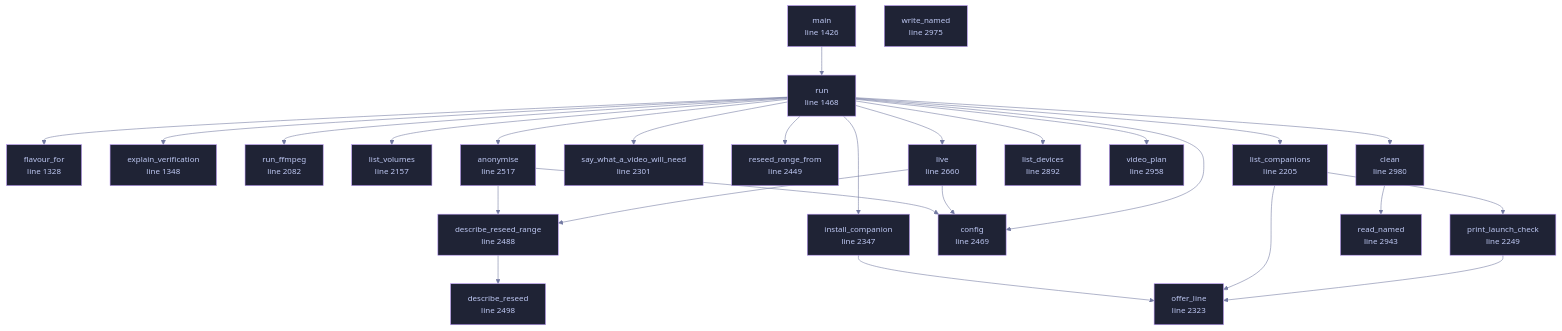
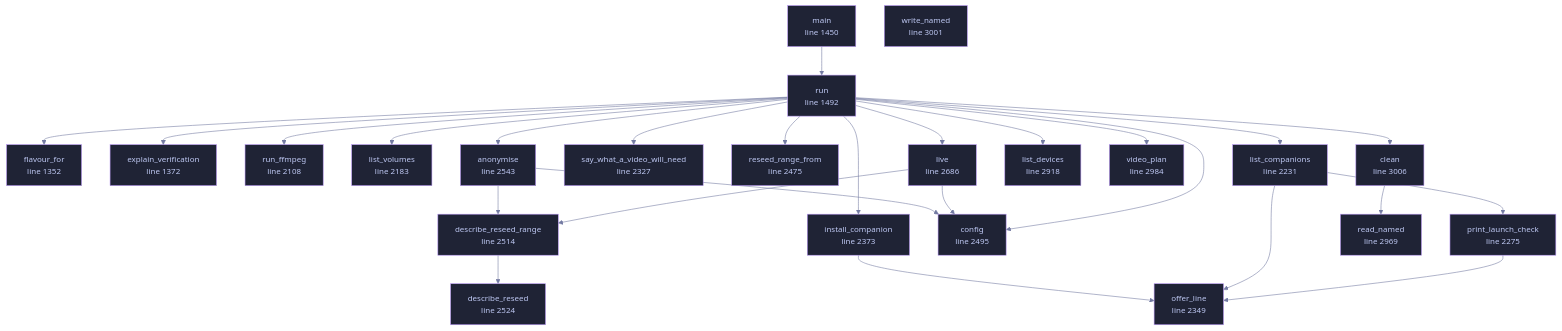
The diagram in docs/files/veilvoice-cli/main.md (tilas01/veilvoice), drawn with Mermaid before and after one commit. The commit also changed other lines of this file and 65 other files, not shown here.

````diff
--- a/docs/files/veilvoice-cli/main.md
+++ b/docs/files/veilvoice-cli/main.md
@@ -135,75 +135,75 @@
 ```mermaid
 %%{init: {"theme":"base","themeVariables":{"background":"#1a1b26","primaryColor":"#1f2335","primaryTextColor":"#c0caf5","primaryBorderColor":"#7aa2f7","secondaryColor":"#16161e","tertiaryColor":"#16161e","lineColor":"#737aa2","textColor":"#c0caf5","mainBkg":"#1f2335","nodeBorder":"#7aa2f7","clusterBkg":"#16161e","clusterBorder":"#2f3549","fontFamily":"ui-monospace, SFMono-Regular, Consolas, monospace","fontSize":"14px"}}}%%
 flowchart TD
-    n_flavour_for["flavour_for<br/>line 1328"]
-    n_explain_verification["explain_verification<br/>line 1348"]
-    n_main["main<br/>line 1426"]
-    n_run["run<br/>line 1468"]
-    n_run_ffmpeg["run_ffmpeg<br/>line 2082"]
-    n_list_volumes["list_volumes<br/>line 2157"]
-    n_list_companions["list_companions<br/>line 2205"]
-    n_print_launch_check["print_launch_check<br/>line 2249"]
-    n_say_what_a_video_will_need["say_what_a_video_will_need<br/>line 2301"]
-    n_offer_line["offer_line<br/>line 2323"]
-    n_install_companion["install_companion<br/>line 2347"]
-    n_reseed_range_from["reseed_range_from<br/>line 2449"]
-    n_config["config<br/>line 2469"]
-    n_describe_reseed_range["describe_reseed_range<br/>line 2488"]
-    n_describe_reseed["describe_reseed<br/>line 2498"]
-    n_anonymise["anonymise<br/>line 2517"]
-    n_live["live<br/>line 2660"]
-    n_list_devices["list_devices<br/>line 2892"]
-    n_read_named["read_named<br/>line 2943"]
-    n_video_plan["video_plan<br/>line 2958"]
-    n_write_named["write_named<br/>line 2975"]
-    n_clean["clean<br/>line 2980"]
+    n_flavour_for["flavour_for<br/>line 1352"]
+    n_explain_verification["explain_verification<br/>line 1372"]
+    n_main["main<br/>line 1450"]
+    n_run["run<br/>line 1492"]
+    n_run_ffmpeg["run_ffmpeg<br/>line 2108"]
+    n_list_volumes["list_volumes<br/>line 2183"]
+    n_list_companions["list_companions<br/>line 2231"]
+    n_print_launch_check["print_launch_check<br/>line 2275"]
+    n_say_what_a_video_will_need["say_what_a_video_will_need<br/>line 2327"]
+    n_offer_line["offer_line<br/>line 2349"]
+    n_install_companion["install_companion<br/>line 2373"]
+    n_reseed_range_from["reseed_range_from<br/>line 2475"]
+    n_config["config<br/>line 2495"]
+    n_describe_reseed_range["describe_reseed_range<br/>line 2514"]
+    n_describe_reseed["describe_reseed<br/>line 2524"]
+    n_anonymise["anonymise<br/>line 2543"]
+    n_live["live<br/>line 2686"]
+    n_list_devices["list_devices<br/>line 2918"]
+    n_read_named["read_named<br/>line 2969"]
+    n_video_plan["video_plan<br/>line 2984"]
+    n_write_named["write_named<br/>line 3001"]
+    n_clean["clean<br/>line 3006"]
     n_anonymise --> n_config
     n_anonymise --> n_describe_reseed_range
     n_clean --> n_read_named
     n_describe_reseed_range --> n_describe_reseed
     n_install_companion --> n_offer_line
     n_list_companions --> n_offer_line
     n_list_companions --> n_print_launch_check
     n_live --> n_config
     n_live --> n_describe_reseed_range
     n_main --> n_run
     n_print_launch_check --> n_offer_line
     n_run --> n_anonymise
     n_run --> n_clean
     n_run --> n_config
     n_run --> n_explain_verification
     n_run --> n_flavour_for
     n_run --> n_install_companion
     n_run --> n_list_companions
     n_run --> n_list_devices
     n_run --> n_list_volumes
     n_run --> n_live
     n_run --> n_reseed_range_from
     n_run --> n_run_ffmpeg
     n_run --> n_say_what_a_video_will_need
     n_run --> n_video_plan
-    click n_flavour_for href "https://github.com/tilas01/veilvoice/blob/main/crates/veilvoice-cli/src/main.rs#L1328" "open the source"
-    click n_explain_verification href "https://github.com/tilas01/veilvoice/blob/main/crates/veilvoice-cli/src/main.rs#L1348" "open the source"
-    click n_main href "https://github.com/tilas01/veilvoice/blob/main/crates/veilvoice-cli/src/main.rs#L1426" "open the source"
-    click n_run href "https://github.com/tilas01/veilvoice/blob/main/crates/veilvoice-cli/src/main.rs#L1468" "open the source"
-    click n_run_ffmpeg href "https://github.com/tilas01/veilvoice/blob/main/crates/veilvoice-cli/src/main.rs#L2082" "open the source"
-    click n_list_volumes href "https://github.com/tilas01/veilvoice/blob/main/crates/veilvoice-cli/src/main.rs#L2157" "open the source"
-    click n_list_companions href "https://github.com/tilas01/veilvoice/blob/main/crates/veilvoice-cli/src/main.rs#L2205" "open the source"
-    click n_print_launch_check href "https://github.com/tilas01/veilvoice/blob/main/crates/veilvoice-cli/src/main.rs#L2249" "open the source"
-    click n_say_what_a_video_will_need href "https://github.com/tilas01/veilvoice/blob/main/crates/veilvoice-cli/src/main.rs#L2301" "open the source"
-    click n_offer_line href "https://github.com/tilas01/veilvoice/blob/main/crates/veilvoice-cli/src/main.rs#L2323" "open the source"
-    click n_install_companion href "https://github.com/tilas01/veilvoice/blob/main/crates/veilvoice-cli/src/main.rs#L2347" "open the source"
-    click n_reseed_range_from href "https://github.com/tilas01/veilvoice/blob/main/crates/veilvoice-cli/src/main.rs#L2449" "open the source"
-    click n_config href "https://github.com/tilas01/veilvoice/blob/main/crates/veilvoice-cli/src/main.rs#L2469" "open the source"
-    click n_describe_reseed_range href "https://github.com/tilas01/veilvoice/blob/main/crates/veilvoice-cli/src/main.rs#L2488" "open the source"
-    click n_describe_reseed href "https://github.com/tilas01/veilvoice/blob/main/crates/veilvoice-cli/src/main.rs#L2498" "open the source"
-    click n_anonymise href "https://github.com/tilas01/veilvoice/blob/main/crates/veilvoice-cli/src/main.rs#L2517" "open the source"
-    click n_live href "https://github.com/tilas01/veilvoice/blob/main/crates/veilvoice-cli/src/main.rs#L2660" "open the source"
-    click n_list_devices href "https://github.com/tilas01/veilvoice/blob/main/crates/veilvoice-cli/src/main.rs#L2892" "open the source"
-    click n_read_named href "https://github.com/tilas01/veilvoice/blob/main/crates/veilvoice-cli/src/main.rs#L2943" "open the source"
-    click n_video_plan href "https://github.com/tilas01/veilvoice/blob/main/crates/veilvoice-cli/src/main.rs#L2958" "open the source"
-    click n_write_named href "https://github.com/tilas01/veilvoice/blob/main/crates/veilvoice-cli/src/main.rs#L2975" "open the source"
-    click n_clean href "https://github.com/tilas01/veilvoice/blob/main/crates/veilvoice-cli/src/main.rs#L2980" "open the source"
+    click n_flavour_for href "https://github.com/tilas01/veilvoice/blob/main/crates/veilvoice-cli/src/main.rs#L1352" "open the source"
+    click n_explain_verification href "https://github.com/tilas01/veilvoice/blob/main/crates/veilvoice-cli/src/main.rs#L1372" "open the source"
+    click n_main href "https://github.com/tilas01/veilvoice/blob/main/crates/veilvoice-cli/src/main.rs#L1450" "open the source"
+    click n_run href "https://github.com/tilas01/veilvoice/blob/main/crates/veilvoice-cli/src/main.rs#L1492" "open the source"
+    click n_run_ffmpeg href "https://github.com/tilas01/veilvoice/blob/main/crates/veilvoice-cli/src/main.rs#L2108" "open the source"
+    click n_list_volumes href "https://github.com/tilas01/veilvoice/blob/main/crates/veilvoice-cli/src/main.rs#L2183" "open the source"
+    click n_list_companions href "https://github.com/tilas01/veilvoice/blob/main/crates/veilvoice-cli/src/main.rs#L2231" "open the source"
+    click n_print_launch_check href "https://github.com/tilas01/veilvoice/blob/main/crates/veilvoice-cli/src/main.rs#L2275" "open the source"
+    click n_say_what_a_video_will_need href "https://github.com/tilas01/veilvoice/blob/main/crates/veilvoice-cli/src/main.rs#L2327" "open the source"
+    click n_offer_line href "https://github.com/tilas01/veilvoice/blob/main/crates/veilvoice-cli/src/main.rs#L2349" "open the source"
+    click n_install_companion href "https://github.com/tilas01/veilvoice/blob/main/crates/veilvoice-cli/src/main.rs#L2373" "open the source"
+    click n_reseed_range_from href "https://github.com/tilas01/veilvoice/blob/main/crates/veilvoice-cli/src/main.rs#L2475" "open the source"
+    click n_config href "https://github.com/tilas01/veilvoice/blob/main/crates/veilvoice-cli/src/main.rs#L2495" "open the source"
+    click n_describe_reseed_range href "https://github.com/tilas01/veilvoice/blob/main/crates/veilvoice-cli/src/main.rs#L2514" "open the source"
+    click n_describe_reseed href "https://github.com/tilas01/veilvoice/blob/main/crates/veilvoice-cli/src/main.rs#L2524" "open the source"
+    click n_anonymise href "https://github.com/tilas01/veilvoice/blob/main/crates/veilvoice-cli/src/main.rs#L2543" "open the source"
+    click n_live href "https://github.com/tilas01/veilvoice/blob/main/crates/veilvoice-cli/src/main.rs#L2686" "open the source"
+    click n_list_devices href "https://github.com/tilas01/veilvoice/blob/main/crates/veilvoice-cli/src/main.rs#L2918" "open the source"
+    click n_read_named href "https://github.com/tilas01/veilvoice/blob/main/crates/veilvoice-cli/src/main.rs#L2969" "open the source"
+    click n_video_plan href "https://github.com/tilas01/veilvoice/blob/main/crates/veilvoice-cli/src/main.rs#L2984" "open the source"
+    click n_write_named href "https://github.com/tilas01/veilvoice/blob/main/crates/veilvoice-cli/src/main.rs#L3001" "open the source"
+    click n_clean href "https://github.com/tilas01/veilvoice/blob/main/crates/veilvoice-cli/src/main.rs#L3006" "open the source"
     classDef helper fill:#1f2335,stroke:#bb9af7,color:#c0caf5
     class n_flavour_for,n_explain_verification,n_main,n_run,n_run_ffmpeg,n_list_volumes,n_list_companions,n_print_launch_check,n_say_what_a_video_will_need,n_offer_line,n_install_companion,n_reseed_range_from,n_config,n_describe_reseed_range,n_describe_reseed,n_anonymise,n_live,n_list_devices,n_read_named,n_video_plan,n_write_named,n_clean helper
 ```
````
